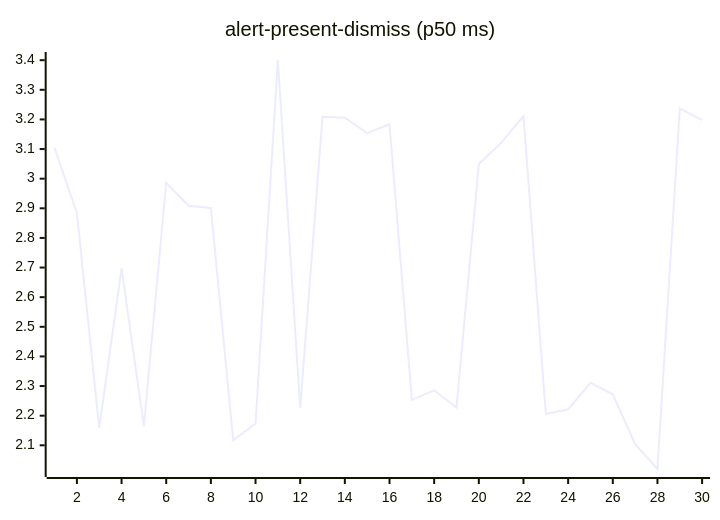
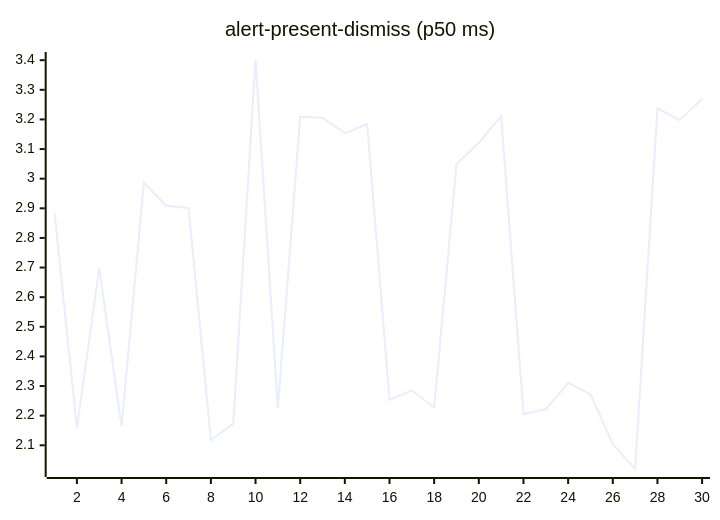
Before and after one commit to josha/Facet: the second of 27 diagrams in README.md, drawn with Mermaid. The commit also changed other lines of this file and 2 other files, not shown here.

````diff
--- a/README.md
+++ b/README.md
@@ -70,6 +70,6 @@
 ```mermaid
 xychart-beta
     title "alert-present-dismiss (p50 ms)"
     x-axis 1 --> 30
-    line [3.1043, 2.8834, 2.1588, 2.6974, 2.1643, 2.9862, 2.9085, 2.9011, 2.1177, 2.1729, 3.4006, 2.2253, 3.2090, 3.2058, 3.1536, 3.1837, 2.2536, 2.2857, 2.2272, 3.0496, 3.1212, 3.2117, 2.2054, 2.2216, 2.3109, 2.2722, 2.1040, 2.0200, 3.2371, 3.1976]
+    line [2.8834, 2.1588, 2.6974, 2.1643, 2.9862, 2.9085, 2.9011, 2.1177, 2.1729, 3.4006, 2.2253, 3.2090, 3.2058, 3.1536, 3.1837, 2.2536, 2.2857, 2.2272, 3.0496, 3.1212, 3.2117, 2.2054, 2.2216, 2.3109, 2.2722, 2.1040, 2.0200, 3.2371, 3.1976, 3.2697]
 ```
````
